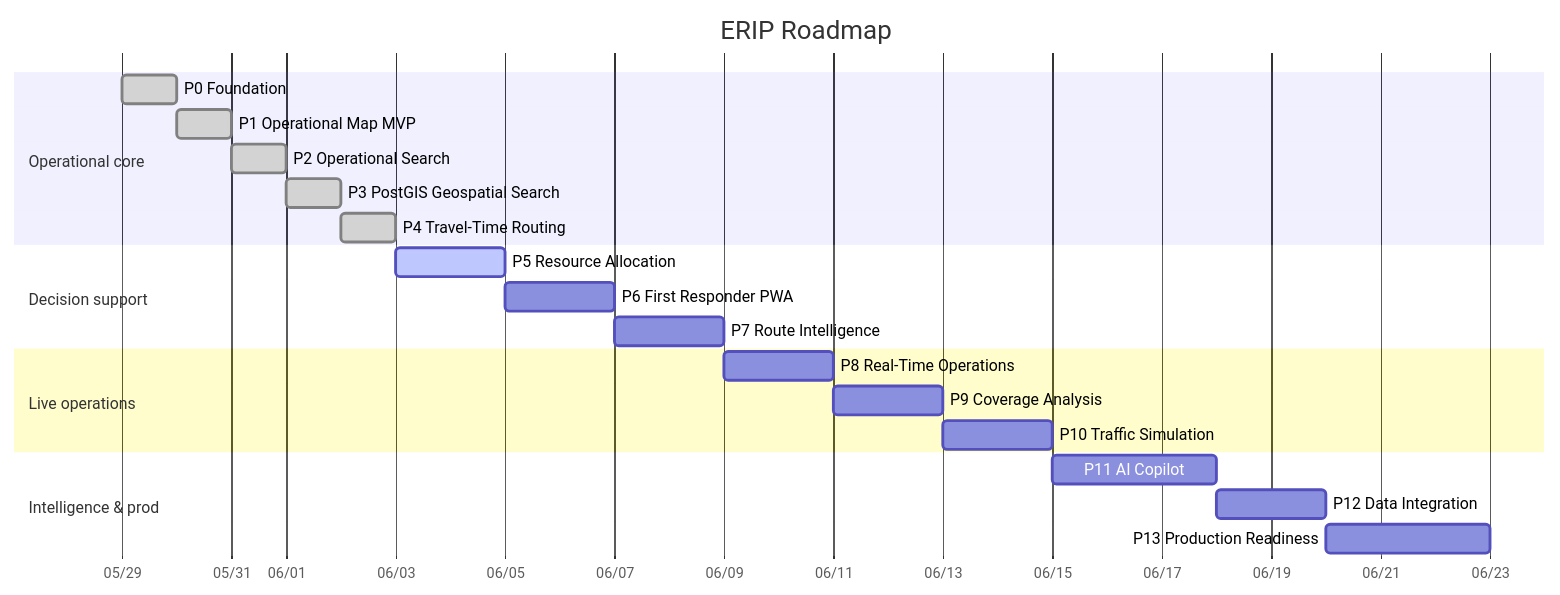
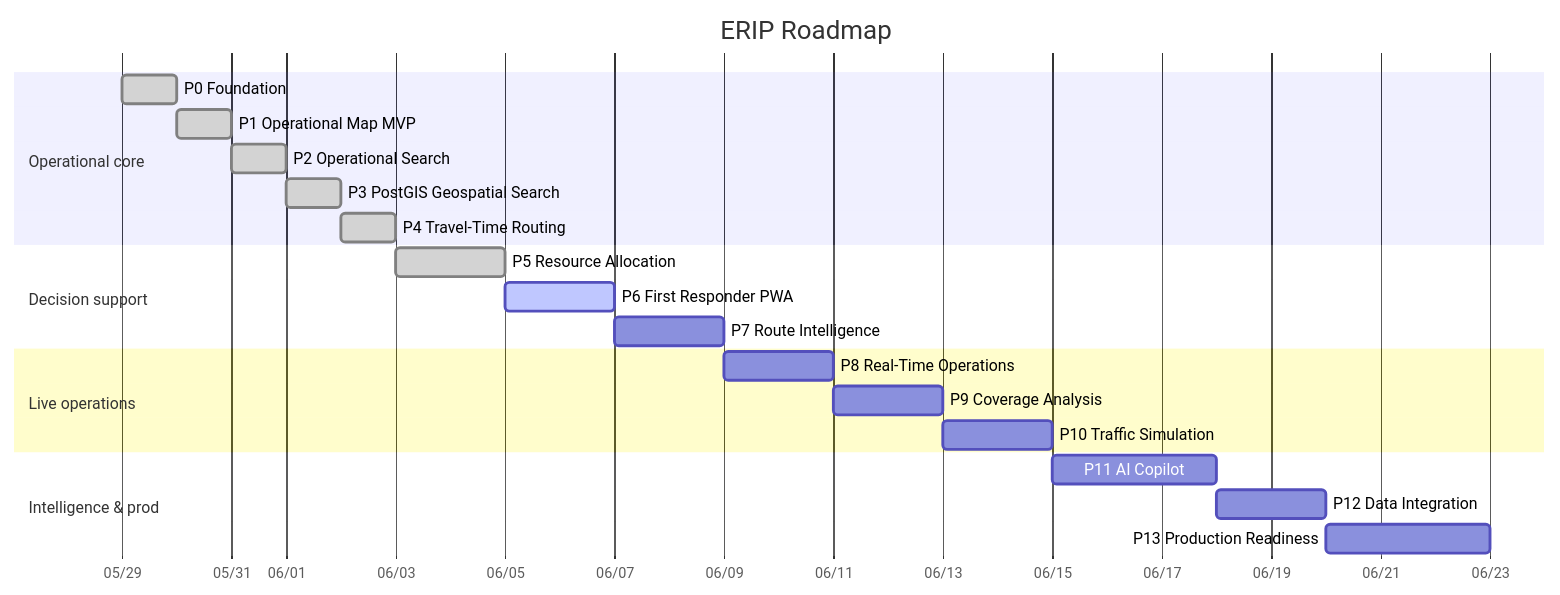
One commit to amusto/emergency-response-intelligence-platform changed the diagram in ROADMAP.md. Above: the diagram before and after it, drawn with Mermaid. The commit also changed other lines of this file and 14 other files, not shown here.

First line of the commit message:
feat: Phase 5 resource allocation (dispatch recommendations)

````diff
--- a/ROADMAP.md
+++ b/ROADMAP.md
@@ -55,24 +56,24 @@
 ```mermaid
 gantt
     title ERIP Roadmap
     dateFormat YYYY-MM-DD
     axisFormat %m/%d
     section Operational core
     P0 Foundation                 :done, p0, 2026-05-29, 1d
     P1 Operational Map MVP        :done, p1, after p0, 1d
     P2 Operational Search         :done, p2, after p1, 1d
     P3 PostGIS Geospatial Search  :done, p3, after p2, 1d
     P4 Travel-Time Routing        :done, p4, after p3, 1d
     section Decision support
-    P5 Resource Allocation        :active, p5, after p4, 2d
-    P6 First Responder PWA        :p6, after p5, 2d
+    P5 Resource Allocation        :done, p5, after p4, 2d
+    P6 First Responder PWA        :active, p6, after p5, 2d
     P7 Route Intelligence         :p7, after p6, 2d
     section Live operations
     P8 Real-Time Operations       :p8, after p7, 2d
     P9 Coverage Analysis          :p9, after p8, 2d
     P10 Traffic Simulation        :p10, after p9, 2d
     section Intelligence & prod
     P11 AI Copilot                :p11, after p10, 3d
     P12 Data Integration          :p12, after p11, 2d
     P13 Production Readiness      :p13, after p12, 3d
 ```
````
